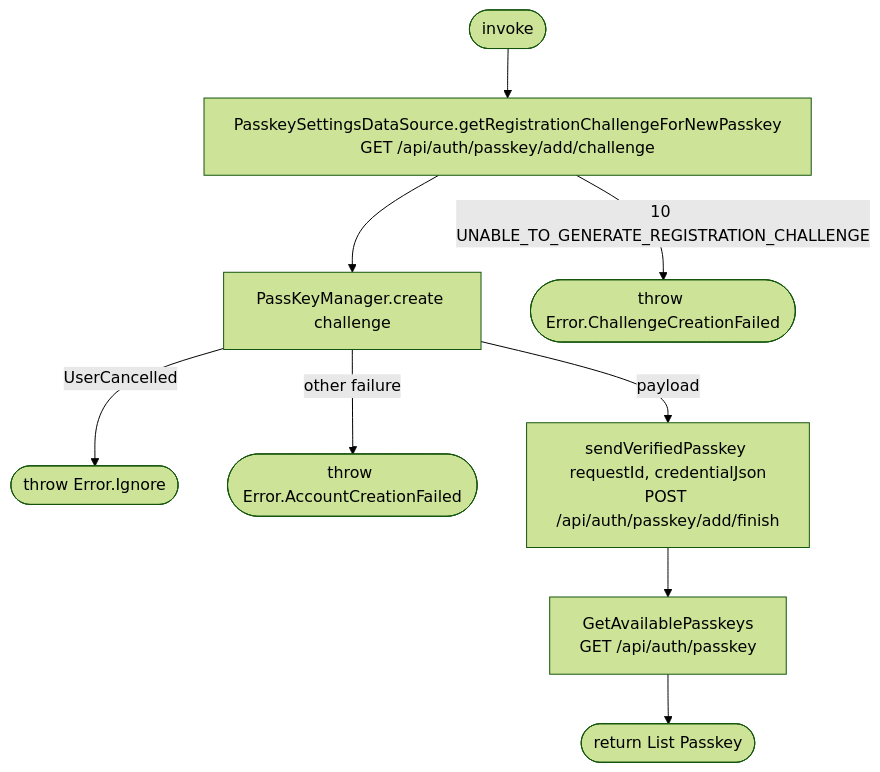
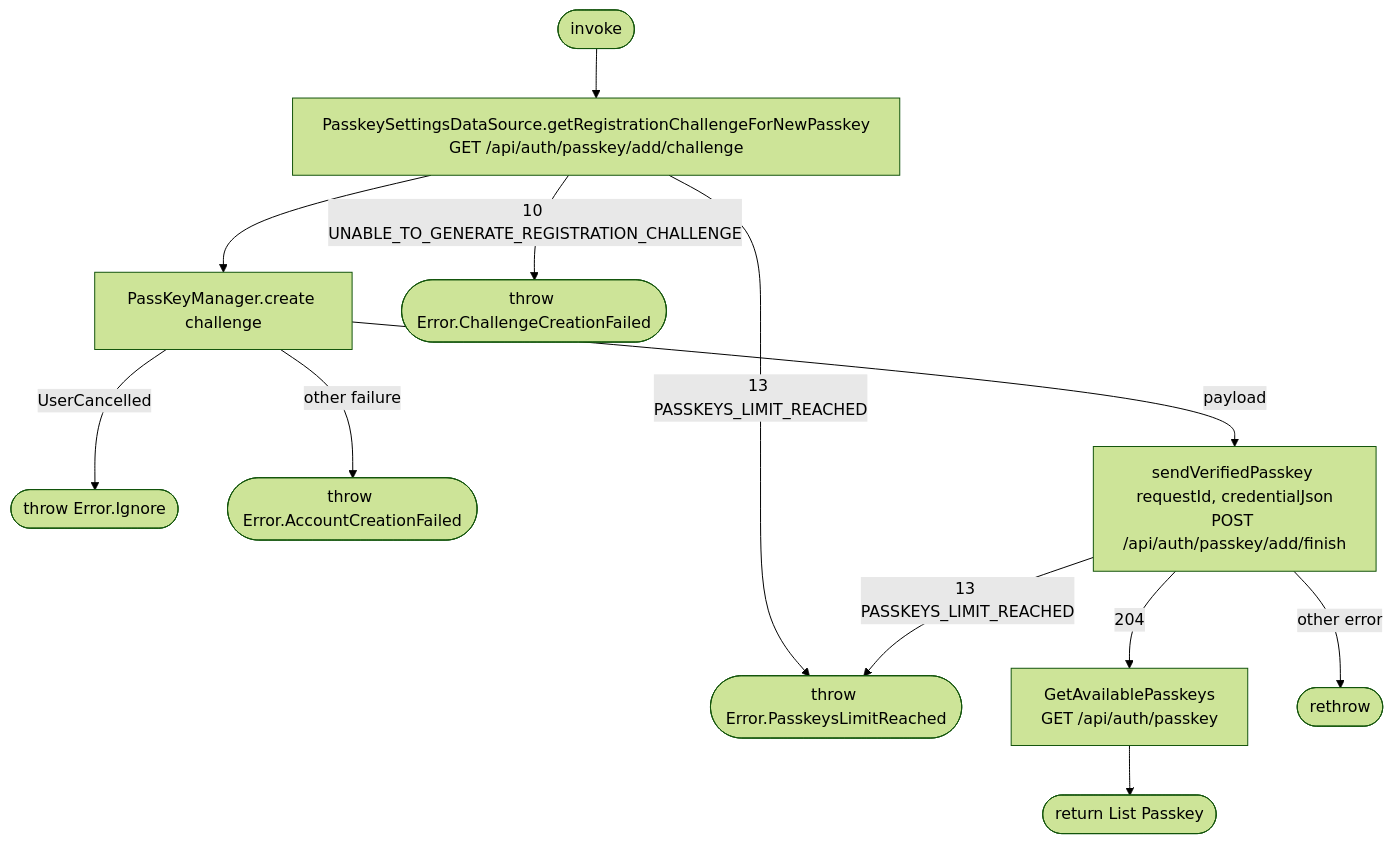
The diagram in docs/operations/settings/create-new-passkey.md (nocturneproperties/bookkme-client), drawn with Mermaid (forest theme) before and after one commit. The commit also changed other lines of this file and 91 other files, not shown here.

````diff
--- a/docs/operations/settings/create-new-passkey.md
+++ b/docs/operations/settings/create-new-passkey.md
@@ -10,11 +13,14 @@
 ```mermaid
 flowchart TD
     Start([invoke]) --> Ch[PasskeySettingsDataSource.getRegistrationChallengeForNewPasskey<br/>GET /api/auth/passkey/add/challenge]
     Ch --> PK[PassKeyManager.create challenge]
     Ch -- 10 UNABLE_TO_GENERATE_REGISTRATION_CHALLENGE --> E2([throw Error.ChallengeCreationFailed])
+    Ch -- 13 PASSKEYS_LIMIT_REACHED --> E3([throw Error.PasskeysLimitReached])
     PK -- UserCancelled --> Ign([throw Error.Ignore])
     PK -- other failure --> E1([throw Error.AccountCreationFailed])
     PK -- payload --> Fin[sendVerifiedPasskey requestId, credentialJson<br/>POST /api/auth/passkey/add/finish]
-    Fin --> List[GetAvailablePasskeys<br/>GET /api/auth/passkey]
+    Fin -- 204 --> List[GetAvailablePasskeys<br/>GET /api/auth/passkey]
+    Fin -- 13 PASSKEYS_LIMIT_REACHED --> E3
+    Fin -- other error --> EX([rethrow])
     List --> R([return List Passkey])
 ```
````
